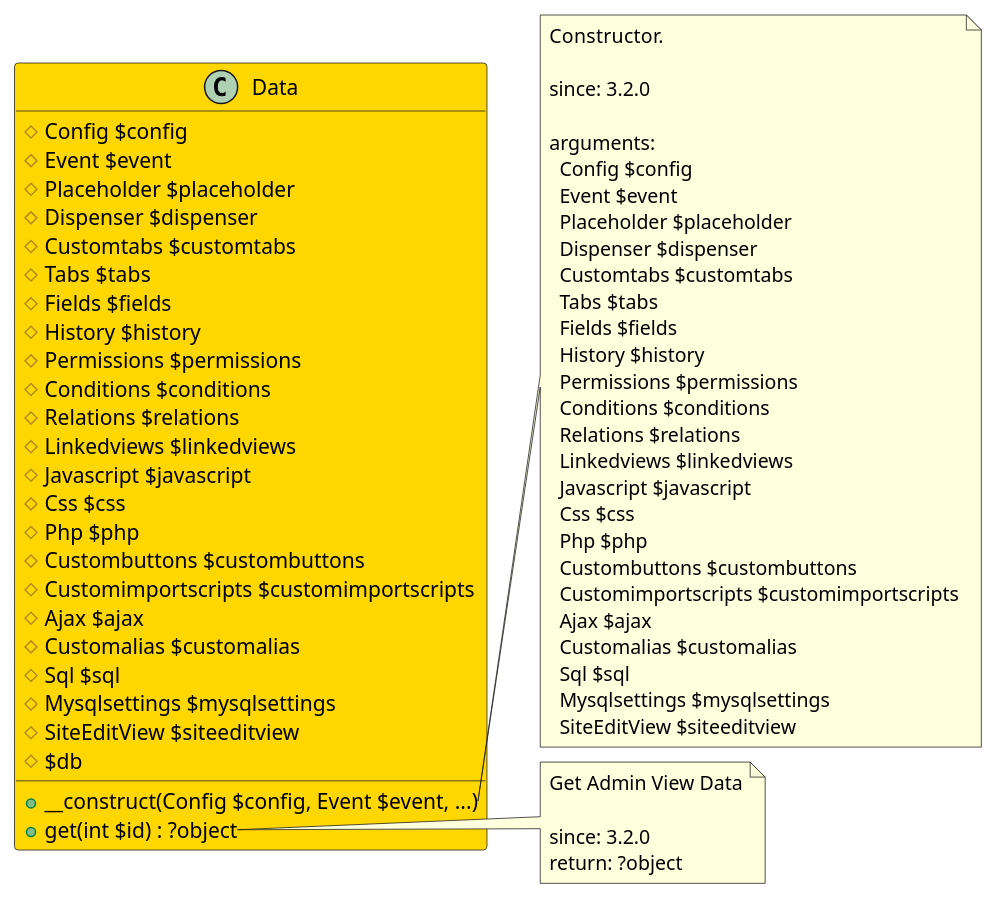
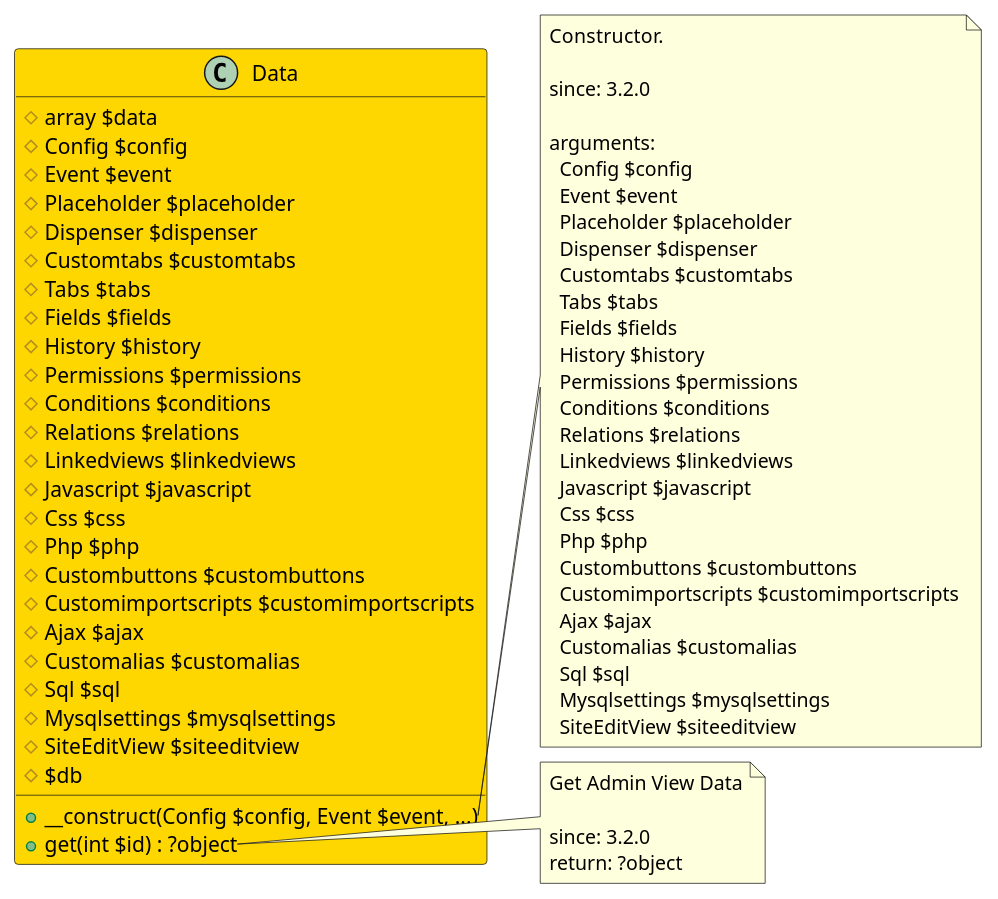
Before and after one commit to joomengine/jcb-compiler: the diagram in src/cef2815b-f72b-402a-b769-f028f676692d/README.md, drawn with PlantUML. The commit also changed 123 other files, not shown here.

````diff
--- a/src/cef2815b-f72b-402a-b769-f028f676692d/README.md
+++ b/src/cef2815b-f72b-402a-b769-f028f676692d/README.md
@@ -12,69 +12,70 @@
 ```uml
 @startuml
 class Data  #Gold {
+  # array $data
   # Config $config
   # Event $event
   # Placeholder $placeholder
   # Dispenser $dispenser
   # Customtabs $customtabs
   # Tabs $tabs
   # Fields $fields
   # History $history
   # Permissions $permissions
   # Conditions $conditions
   # Relations $relations
   # Linkedviews $linkedviews
   # Javascript $javascript
   # Css $css
   # Php $php
   # Custombuttons $custombuttons
   # Customimportscripts $customimportscripts
   # Ajax $ajax
   # Customalias $customalias
   # Sql $sql
   # Mysqlsettings $mysqlsettings
   # SiteEditView $siteeditview
   # $db
   + __construct(Config $config, Event $event, ...)
   + get(int $id) : ?object
 }
 
 note right of Data::__construct
   Constructor.
 
   since: 3.2.0
   
   arguments:
     Config $config
     Event $event
     Placeholder $placeholder
     Dispenser $dispenser
     Customtabs $customtabs
     Tabs $tabs
     Fields $fields
     History $history
     Permissions $permissions
     Conditions $conditions
     Relations $relations
     Linkedviews $linkedviews
     Javascript $javascript
     Css $css
     Php $php
     Custombuttons $custombuttons
     Customimportscripts $customimportscripts
     Ajax $ajax
     Customalias $customalias
     Sql $sql
     Mysqlsettings $mysqlsettings
     SiteEditView $siteeditview
 end note
 
 note right of Data::get
   Get Admin View Data
 
   since: 3.2.0
   return: ?object
 end note
  
 @enduml
 ```
````
